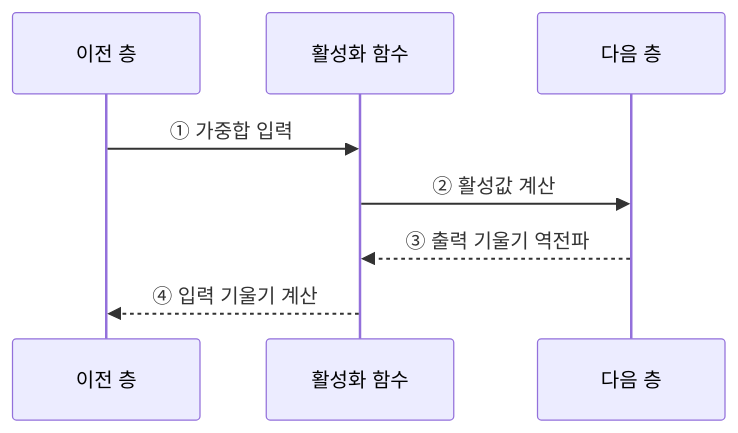
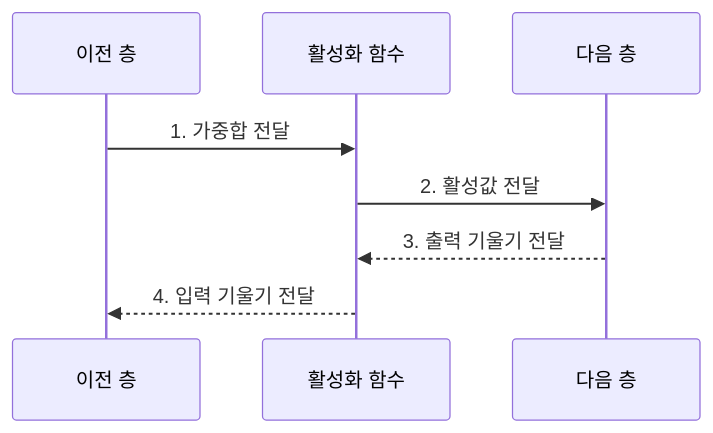
One commit to agnusdei1207/knowledge-base changed the third of 4 diagrams in src/content/docs/notes/01-basic-theory/040_activation_functions.md. Above: the diagram before and after it, drawn with Mermaid. The commit also changed other lines of this file and 20 other files, not shown here.

````diff
--- a/src/content/docs/notes/01-basic-theory/040_activation_functions.md
+++ b/src/content/docs/notes/01-basic-theory/040_activation_functions.md
@@ -108,10 +102,10 @@
 ```mermaid
 sequenceDiagram
     participant P as 이전 층
     participant F as 활성화 함수
     participant N as 다음 층
-    P->>F: ① 가중합 입력
-    F->>N: ② 활성값 계산
-    N-->>F: ③ 출력 기울기 역전파
-    F-->>P: ④ 입력 기울기 계산
+    P->>F: 1. 가중합 전달
+    F->>N: 2. 활성값 전달
+    N-->>F: 3. 출력 기울기 전달
+    F-->>P: 4. 입력 기울기 전달
 ```
````
